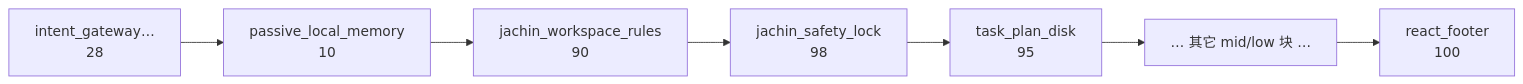
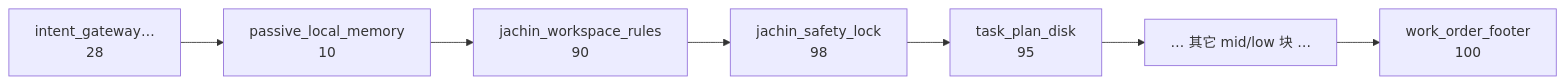
The fourth of 5 diagrams in docs/JACHIN_SAFETY_LOCK_LEARNING.md (Samuel521199/jachin-system), drawn with Mermaid before and after one commit. The commit also changed other lines of this file and 528 other files, not shown here.

Commit message:
Release v0.9.108: hard migrate cognitive kernel architecture

````diff
--- a/docs/JACHIN_SAFETY_LOCK_LEARNING.md
+++ b/docs/JACHIN_SAFETY_LOCK_LEARNING.md
@@ -138,11 +138,11 @@
 ```mermaid
 flowchart LR
   GW["intent_gateway…\n28"]
   LM["passive_local_memory\n10"]
   JR["jachin_workspace_rules\n90"]
   SL["jachin_safety_lock\n98"]
   TP["task_plan_disk\n95"]
   DOTS["… 其它 mid/low 块 …"]
-  FT["react_footer\n100"]
+  FT["work_order_footer\n100"]
   GW --> LM --> JR --> SL --> TP --> DOTS --> FT
 ```
````
